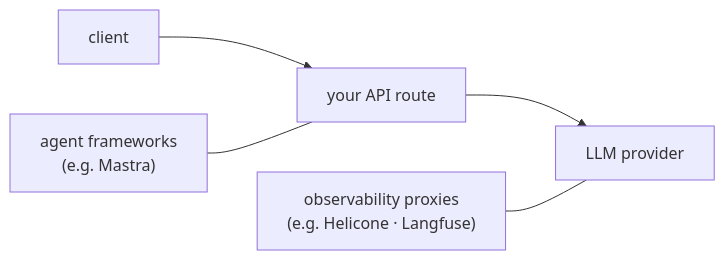
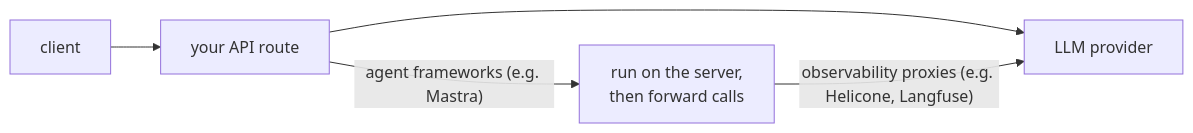
Before and after one commit to assistant-ui/assistant-ui: the diagram in apps/docs/content/docs/integrations/index.mdx, drawn with Mermaid. The commit also changed 11 other files, not shown here.

First line of the commit message:
fix(docs): correct mermaid integration diagrams

````diff
--- a/apps/docs/content/docs/integrations/index.mdx
+++ b/apps/docs/content/docs/integrations/index.mdx
@@ -18,6 +18,6 @@
 ```mermaid
 flowchart LR
     client["client"] --> route["your API route"] --> provider["LLM provider"]
-    frameworks["agent frameworks<br/>(e.g. Mastra)"] --- route
-    obs["observability proxies<br/>(e.g. Helicone · Langfuse)"] --- provider
+    route -->|"agent frameworks (e.g. Mastra)"| server["run on the server,<br/>then forward calls"]
+    server -->|"observability proxies (e.g. Helicone, Langfuse)"| provider
 ```
````
